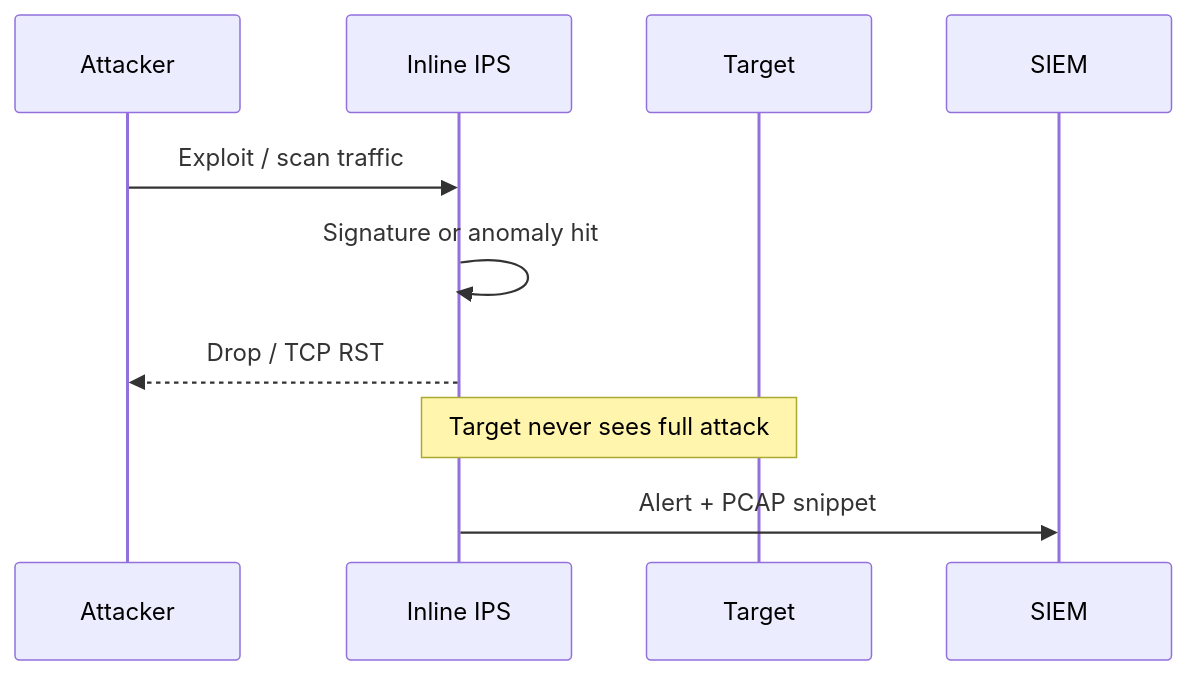
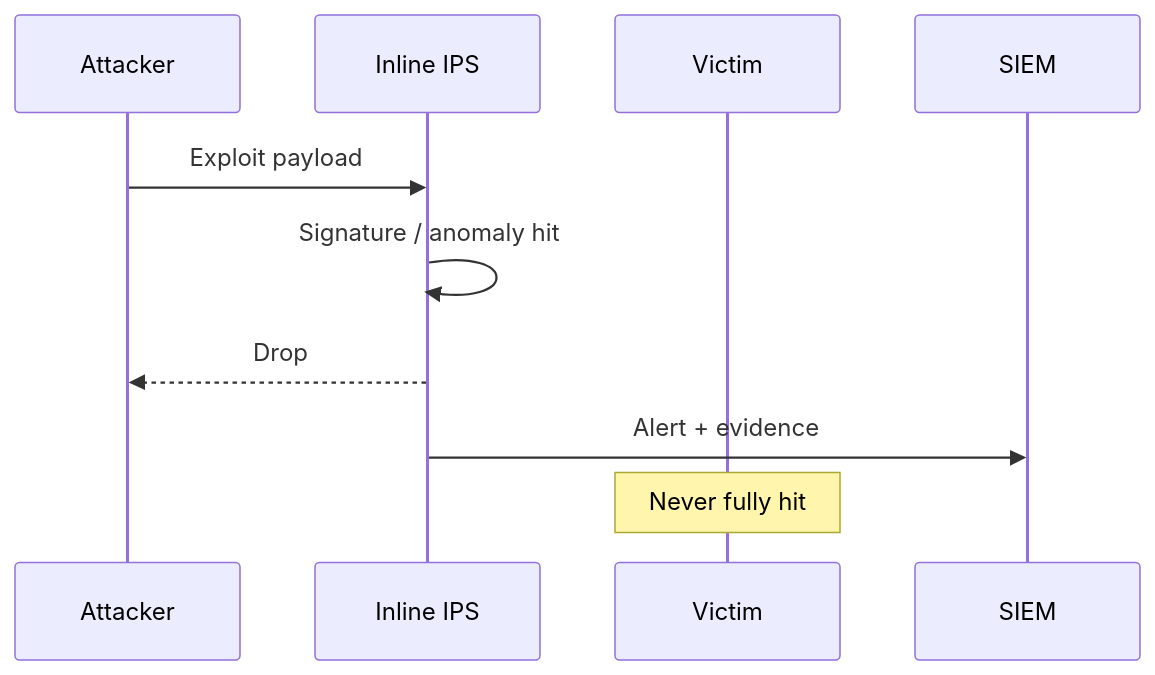
One commit to omnayak27199/pktana changed the fifth of 5 diagrams in learning/13-dlp-idps.md. Above: the diagram before and after it, drawn with Mermaid. The commit also changed other lines of this file and 14 other files, not shown here.

First line of the commit message:
docs: rewrite Learn path with diagrams, quizzes, and protocol links

````diff
--- a/learning/13-dlp-idps.md
+++ b/learning/13-dlp-idps.md
@@ -107,11 +98,11 @@
 ```mermaid
 sequenceDiagram
-  participant Attacker
+  participant Atk as Attacker
   participant IPS as Inline IPS
-  participant Target
-  Attacker->>IPS: Exploit / scan traffic
-  IPS->>IPS: Signature or anomaly hit
-  IPS-->>Attacker: Drop / TCP RST
-  Note over IPS,Target: Target never sees full attack
-  IPS->>SIEM: Alert + PCAP snippet
+  participant Vic as Victim
+  Atk->>IPS: Exploit payload
+  IPS->>IPS: Signature / anomaly hit
+  IPS-->>Atk: Drop
+  IPS->>SIEM: Alert + evidence
+  Note over Vic: Never fully hit
 ```
````
